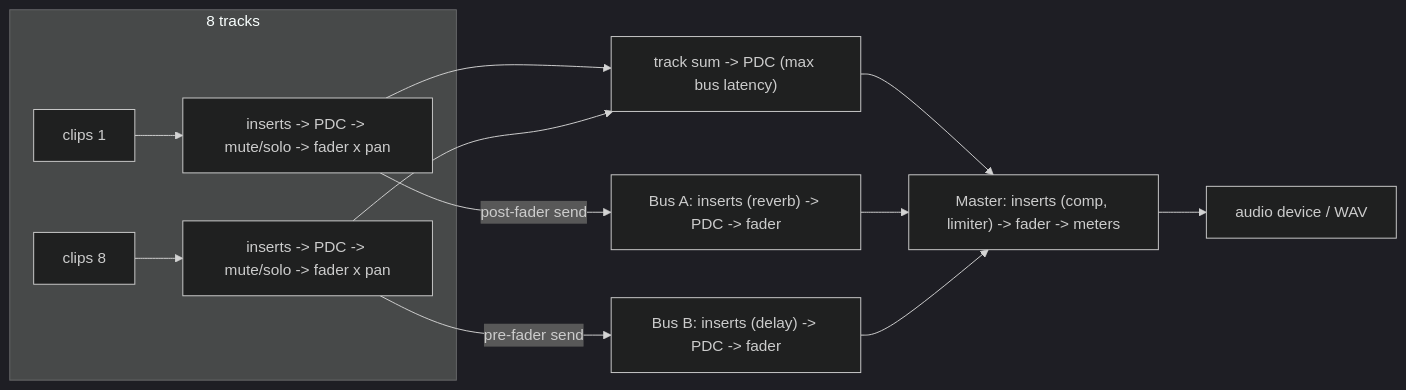
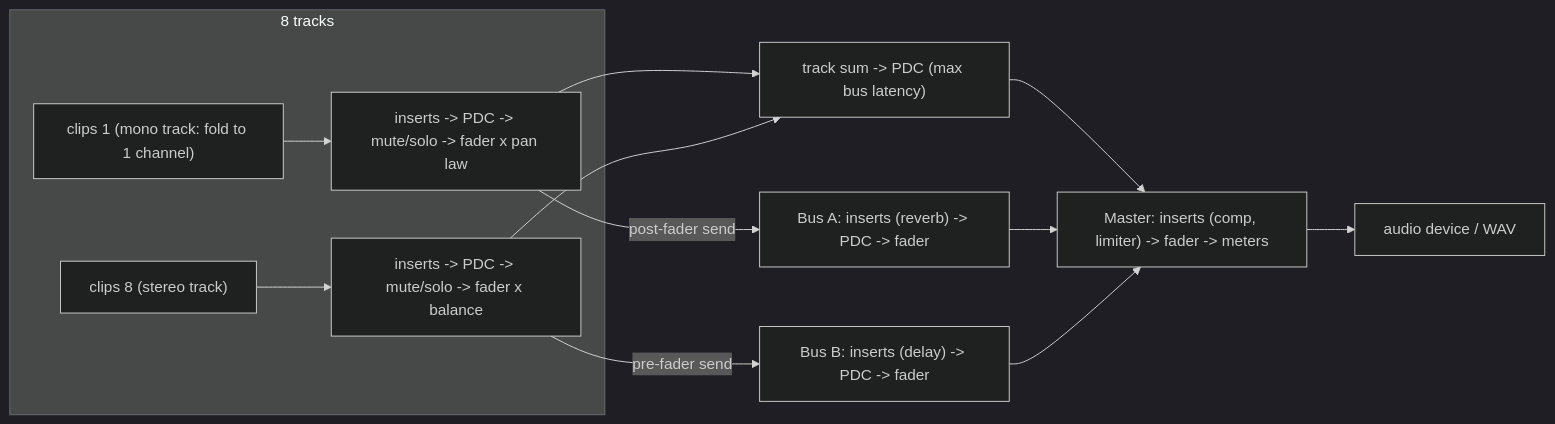
Before and after one commit to TomHsieh300/DAW-for-fun: the diagram in lessons/14-daw-8track/README.md, drawn with Mermaid (dark theme). The commit also changed other lines of this file and 20 other files, not shown here.

First line of the commit message:
ch14/docs: document mono and stereo tracks

````diff
--- a/lessons/14-daw-8track/README.md
+++ b/lessons/14-daw-8track/README.md
@@ -141,15 +143,15 @@
 ```mermaid
 flowchart LR
     subgraph T["8 tracks"]
-        C1["clips 1"] --> S1["inserts -> PDC -> mute/solo -> fader x pan"]
-        C8["clips 8"] --> S8["inserts -> PDC -> mute/solo -> fader x pan"]
+        C1["clips 1 (mono track: fold to 1 channel)"] --> S1["inserts -> PDC -> mute/solo -> fader x pan law"]
+        C8["clips 8 (stereo track)"] --> S8["inserts -> PDC -> mute/solo -> fader x balance"]
     end
     S1 -- "post-fader send" --> BA["Bus A: inserts (reverb) -> PDC -> fader"]
     S8 -- "pre-fader send" --> BB["Bus B: inserts (delay) -> PDC -> fader"]
     S1 --> SUM["track sum -> PDC (max bus latency)"]
     S8 --> SUM
     SUM --> M["Master: inserts (comp, limiter) -> fader -> meters"]
     BA --> M
     BB --> M
     M --> OUT["audio device / WAV"]
 ```
````
